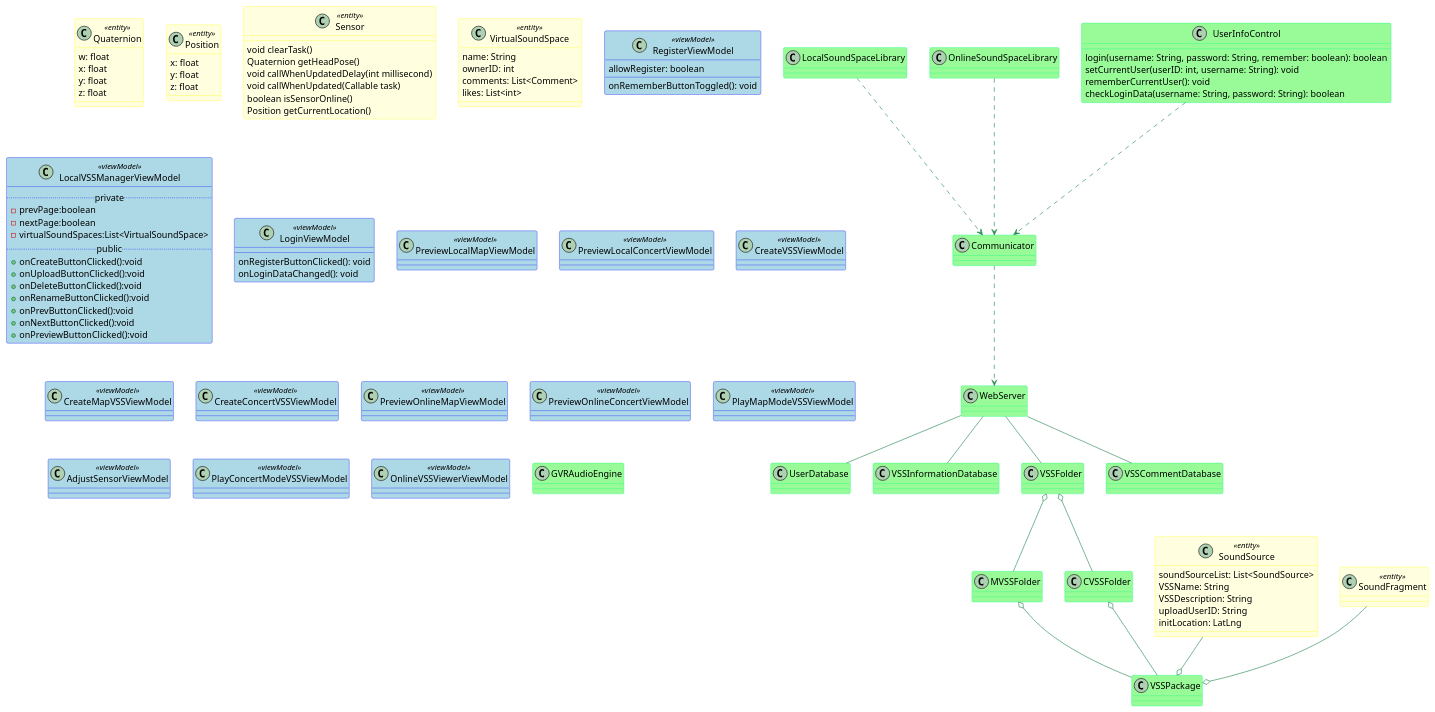
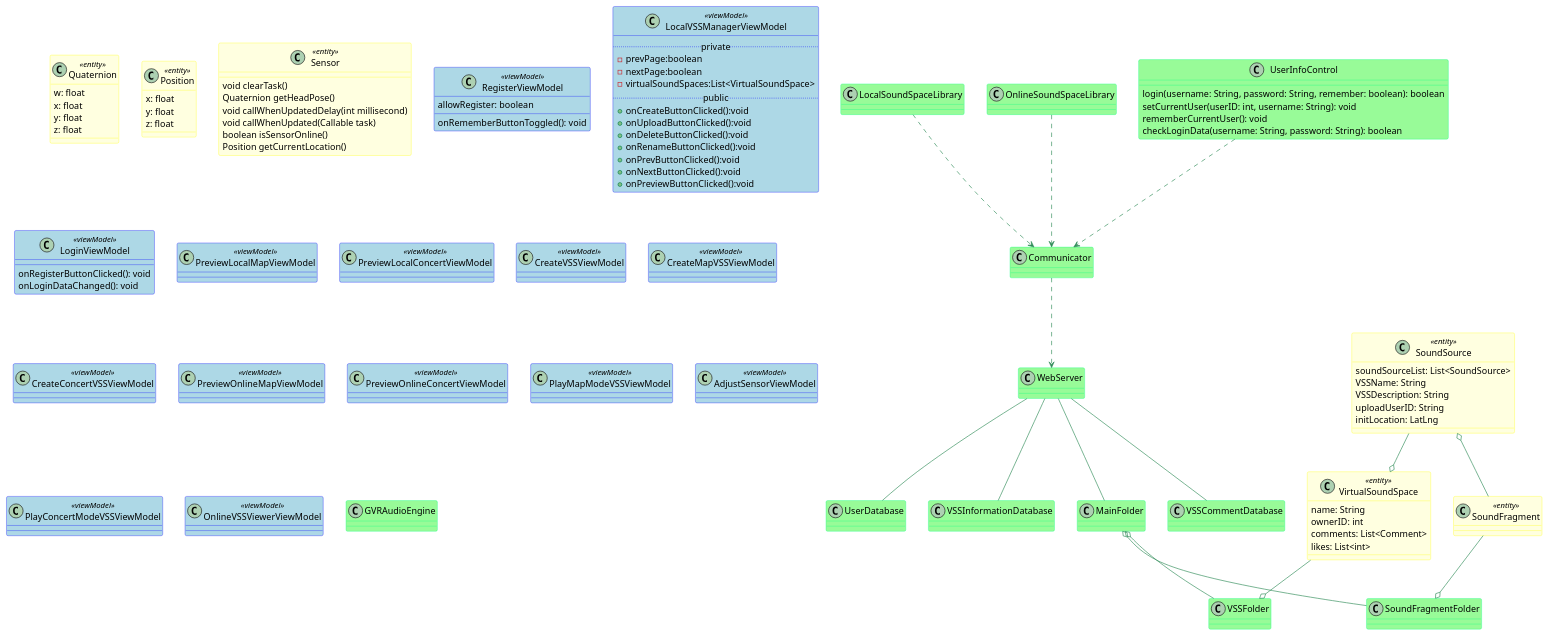
The diagram in 设计/对象模型.md (kpp19920121/doc), drawn with PlantUML before and after one commit.

Commit message:
更新了类图
更改了服务器端文件存储模式

````diff
--- a/设计/对象模型.md
+++ b/设计/对象模型.md
@@ -187,34 +187,33 @@
 }
 class VSSInformationDatabase{
 }
-class VSSFolder{
+class MainFolder{
 }
 class VSSCommentDatabase{
 }
-class VSSPackage{
+
+class VSSFolder{
 
 }
-class MVSSFolder{
+class SoundFragmentFolder{
 
 }
-class CVSSFolder{
 
-}
 
 UserInfoControl ..> Communicator
 LocalSoundSpaceLibrary ..> Communicator
 OnlineSoundSpaceLibrary ..> Communicator
-
 Communicator ..> WebServer
 WebServer -- VSSInformationDatabase
-WebServer --VSSFolder
+WebServer -- MainFolder
 WebServer -- UserDatabase
 WebServer -- VSSCommentDatabase
-MVSSFolder o-- VSSPackage
-CVSSFolder o-- VSSPackage
-VSSFolder o-- MVSSFolder
-VSSFolder o-- CVSSFolder
-SoundSource --o VSSPackage
-SoundFragment --o VSSPackage
+MainFolder o-- VSSFolder
+MainFolder o-- SoundFragmentFolder
+VirtualSoundSpace --o VSSFolder
+SoundFragment --o SoundFragmentFolder
+SoundSource o-- SoundFragment
+SoundSource --o VirtualSoundSpace
+
 @enduml
 ```
````
